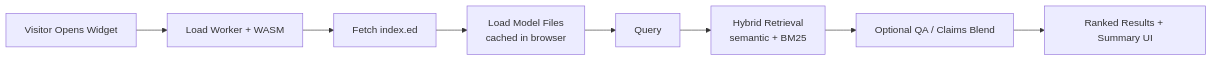
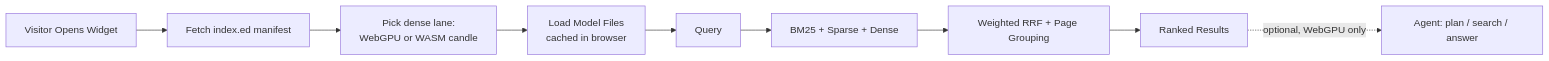
One commit to jt55401/eddie changed the second of 2 diagrams in README.md. Above: the diagram before and after it, drawn with Mermaid. The commit also changed other lines of this file and 5 other files, not shown here.

````diff
--- a/README.md
+++ b/README.md
@@ -394,10 +310,11 @@
 ```mermaid
 flowchart LR
-  A[Visitor Opens Widget] --> B[Load Worker + WASM]
-  B --> C[Fetch index.ed]
+  A[Visitor Opens Widget] --> B[Fetch index.ed manifest]
+  B --> C[Pick dense lane:<br/>WebGPU or WASM candle]
   C --> D[Load Model Files<br/>cached in browser]
   D --> E[Query]
-  E --> F[Hybrid Retrieval<br/>semantic + BM25]
-  F --> G[Optional QA / Claims Blend]
-  G --> H[Ranked Results + Summary UI]
+  E --> F[BM25 + Sparse + Dense]
+  F --> G[Weighted RRF + Page Grouping]
+  G --> H[Ranked Results]
+  H -.optional, WebGPU only.-> I[Agent: plan / search / answer]
 ```
````
